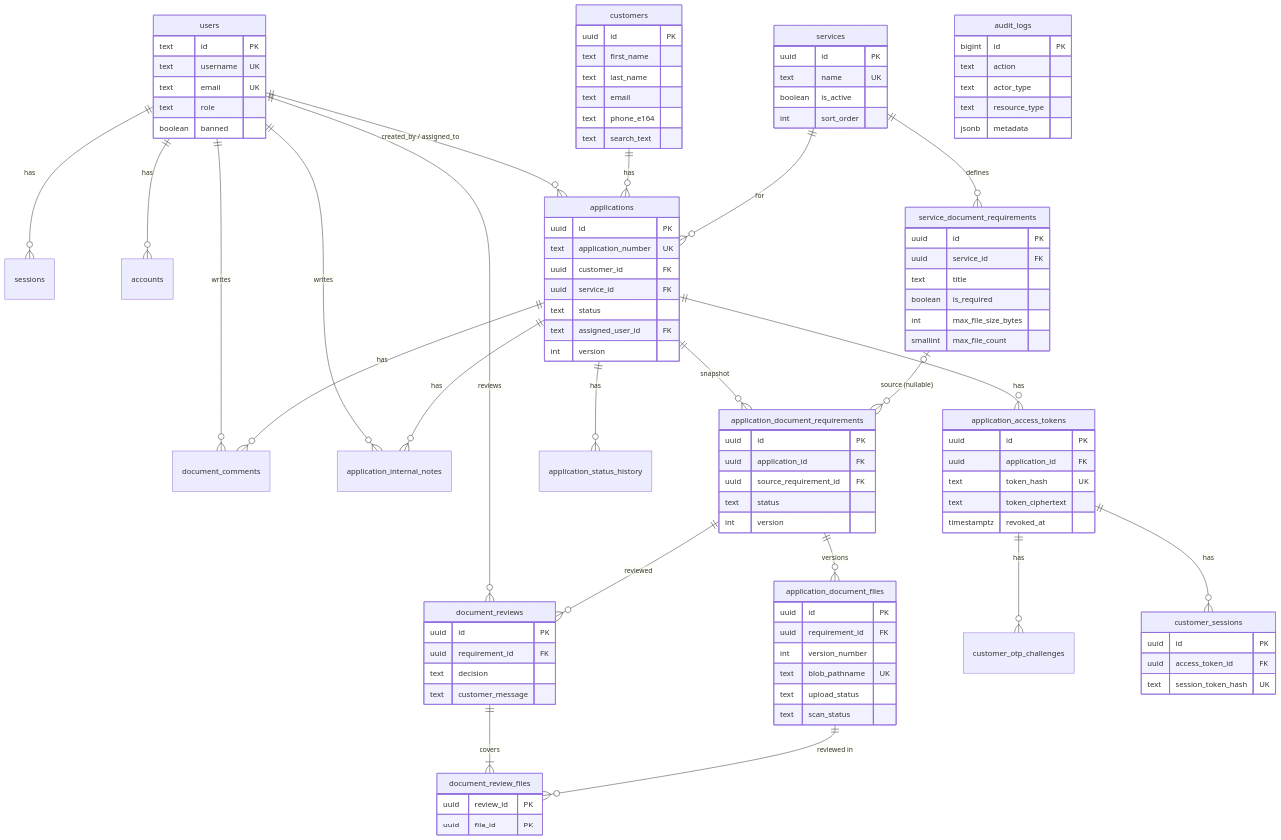
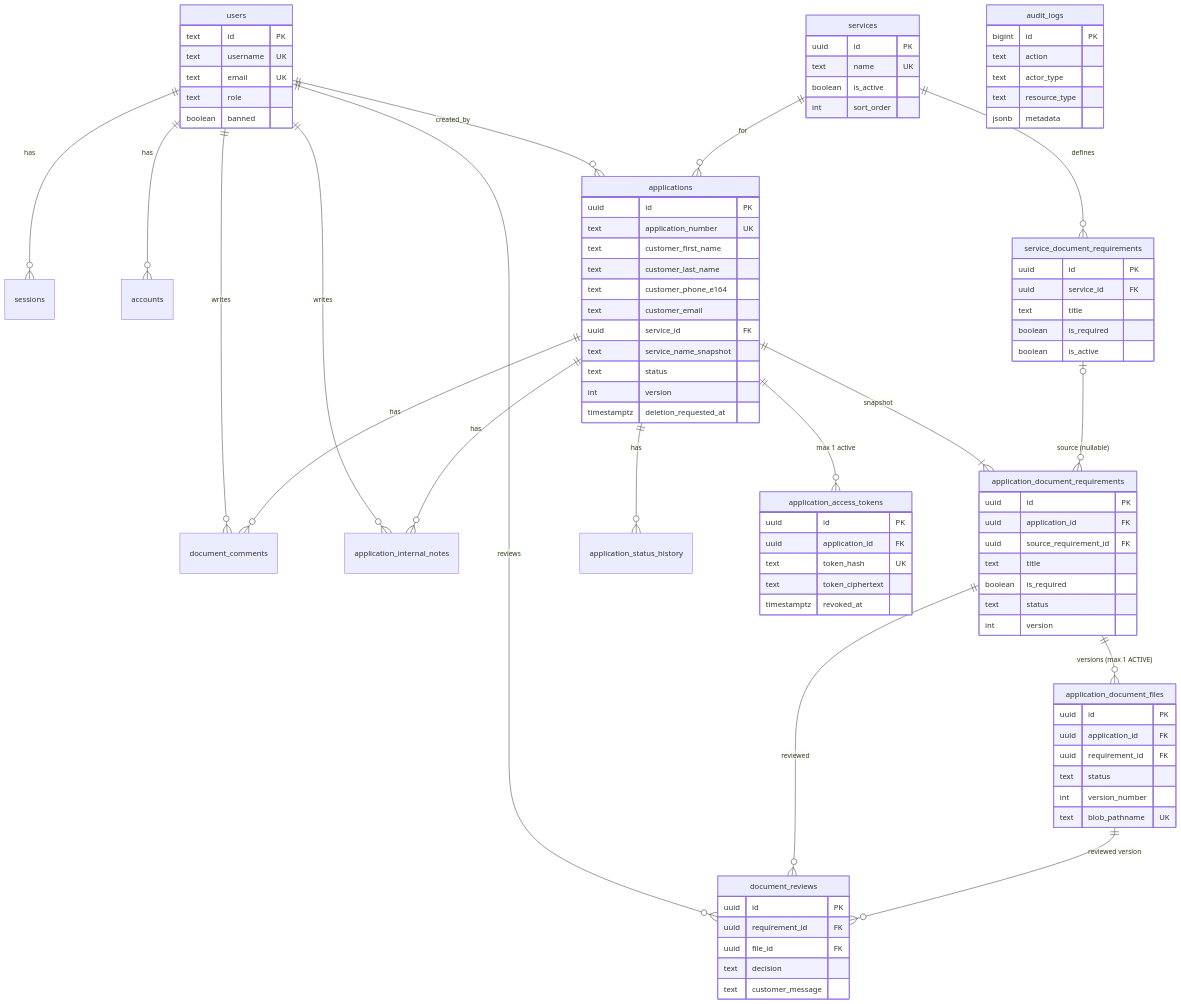
The diagram in docs/DATABASE_SCHEMA.md (gokturkdogan/Cs-Global-Panel), drawn with Mermaid before and after one commit. The commit also changed other lines of this file and 21 other files, not shown here.

```diff
--- a/docs/DATABASE_SCHEMA.md
+++ b/docs/DATABASE_SCHEMA.md
@@ -27,27 +27,23 @@
 erDiagram
     users ||--o{ sessions : has
     users ||--o{ accounts : has
-    users ||--o{ applications : "created_by / assigned_to"
+    users ||--o{ applications : "created_by"
     users ||--o{ document_reviews : reviews
     users ||--o{ document_comments : writes
     users ||--o{ application_internal_notes : writes
 
-    customers ||--o{ applications : has
     services ||--o{ service_document_requirements : defines
     services ||--o{ applications : "for"
 
-    applications ||--o{ application_document_requirements : "snapshot"
+    applications ||--|{ application_document_requirements : "snapshot"
     service_document_requirements |o--o{ application_document_requirements : "source (nullable)"
-    application_document_requirements ||--o{ application_document_files : versions
+    application_document_requirements ||--o{ application_document_files : "versions (max 1 ACTIVE)"
     application_document_requirements ||--o{ document_reviews : reviewed
-    document_reviews ||--|{ document_review_files : covers
-    application_document_files ||--o{ document_review_files : "reviewed in"
+    application_document_files ||--o{ document_reviews : "reviewed version"
     applications ||--o{ document_comments : has
     applications ||--o{ application_internal_notes : has
     applications ||--o{ application_status_history : has
-    applications ||--o{ application_access_tokens : has
-    application_access_tokens ||--o{ customer_otp_challenges : has
-    application_access_tokens ||--o{ customer_sessions : has
+    applications ||--o{ application_access_tokens : "max 1 active"
 
     users {
         text id PK
@@ -55,14 +51,6 @@
         text email UK
         text role
         boolean banned
-    }
-    customers {
-        uuid id PK
-        text first_name
-        text last_name
-        text email
-        text phone_e164
-        text search_text
     }
     services {
         uuid id PK
@@ -75,42 +63,44 @@
         uuid service_id FK
         text title
         boolean is_required
-        int max_file_size_bytes
-        smallint max_file_count
+        boolean is_active
     }
     applications {
         uuid id PK
         text application_number UK
-        uuid customer_id FK
+        text customer_first_name
+        text customer_last_name
+        text customer_phone_e164
+        text customer_email
         uuid service_id FK
+        text service_name_snapshot
         text status
-        text assigned_user_id FK
         int version
+        timestamptz deletion_requested_at
     }
     application_document_requirements {
         uuid id PK
         uuid application_id FK
         uuid source_requirement_id FK
+        text title
+        boolean is_required
         text status
         int version
     }
     application_document_files {
         uuid id PK
+        uuid application_id FK
         uuid requirement_id FK
+        text status
         int version_number
         text blob_pathname UK
-        text upload_status
-        text scan_status
     }
     document_reviews {
         uuid id PK
         uuid requirement_id FK
+        uuid file_id FK
         text decision
         text customer_message
-    }
-    document_review_files {
-        uuid review_id PK
-        uuid file_id PK
     }
     application_access_tokens {
         uuid id PK
@@ -118,11 +108,6 @@
         text token_hash UK
         text token_ciphertext
         timestamptz revoked_at
-    }
-    customer_sessions {
-        uuid id PK
-        uuid access_token_id FK
-        text session_token_hash UK
     }
     audit_logs {
         bigint id PK
```
